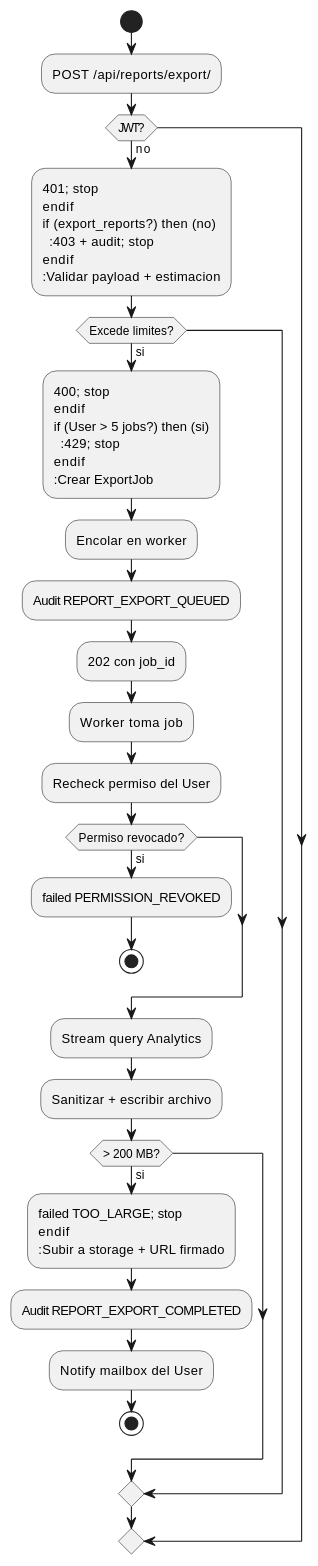
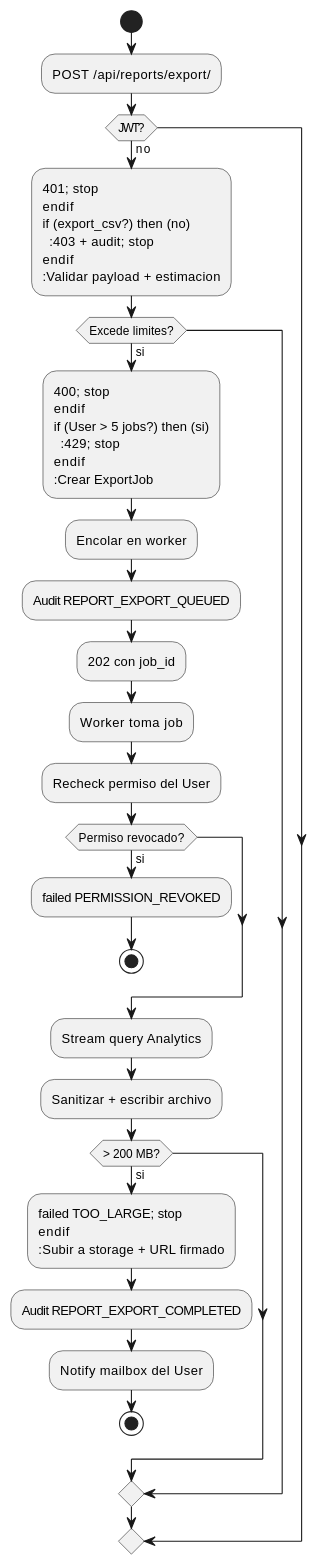
Before and after one commit to jcg-admin/IACT-docs: the second of 4 diagrams in source/requisitos/casos-uso/reports/uc-rpt-04/diagramas-uml.rst, drawn with PlantUML. The commit also changed other lines of this file and 157 other files, not shown here.

First line of the commit message:
Enforce catalog function names across all diagrams

```diff
--- a/source/requisitos/casos-uso/reports/uc-rpt-04/diagramas-uml.rst
+++ b/source/requisitos/casos-uso/reports/uc-rpt-04/diagramas-uml.rst
@@ -43,40 +43,40 @@
 .. uml::
  :caption: UC_RPT_04 — flujo
 
  @startuml
  start
  :POST /api/reports/export/;
  if (JWT?) then (no)
    :401; stop
  endif
- if (export_reports?) then (no)
+ if (export_csv?) then (no)
    :403 + audit; stop
  endif
  :Validar payload + estimacion;
  if (Excede limites?) then (si)
    :400; stop
  endif
  if (User > 5 jobs?) then (si)
    :429; stop
  endif
  :Crear ExportJob;
  :Encolar en worker;
  :Audit REPORT_EXPORT_QUEUED;
  :202 con job_id;
  :Worker toma job;
  :Recheck permiso del User;
  if (Permiso revocado?) then (si)
    :failed PERMISSION_REVOKED;
    stop
  endif
  :Stream query Analytics;
  :Sanitizar + escribir archivo;
  if (> 200 MB?) then (si)
    :failed TOO_LARGE; stop
  endif
  :Subir a storage + URL firmado;
  :Audit REPORT_EXPORT_COMPLETED;
  :Notify mailbox del User;
 
  stop
  @enduml
```
